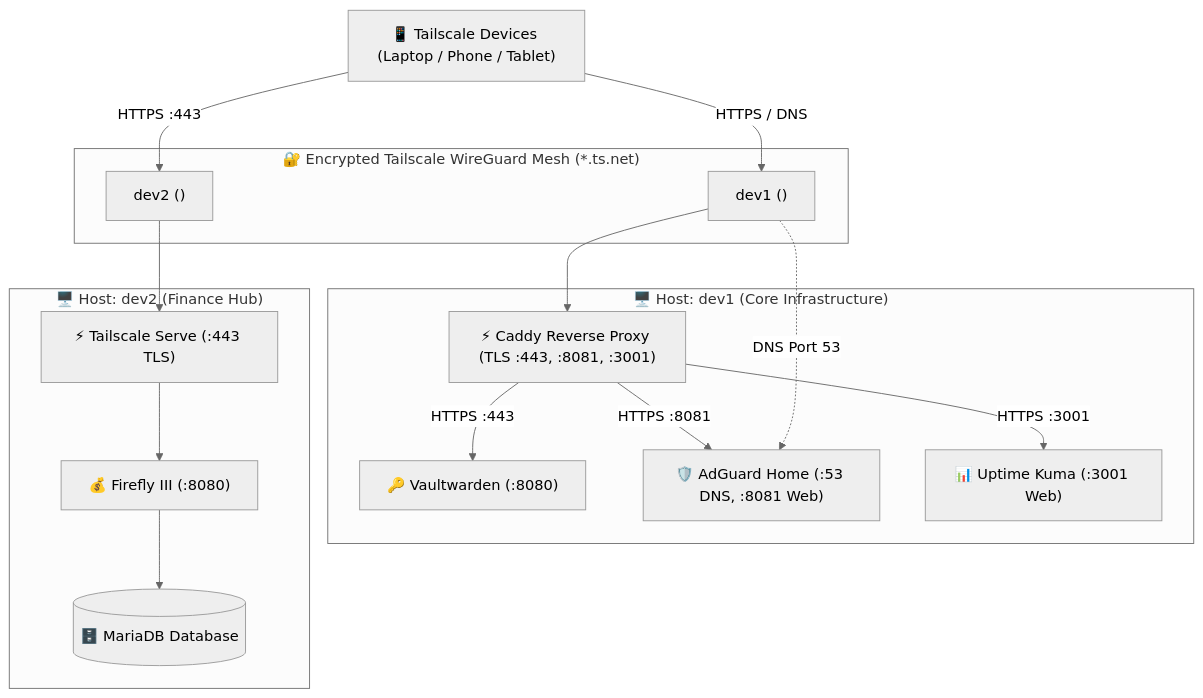
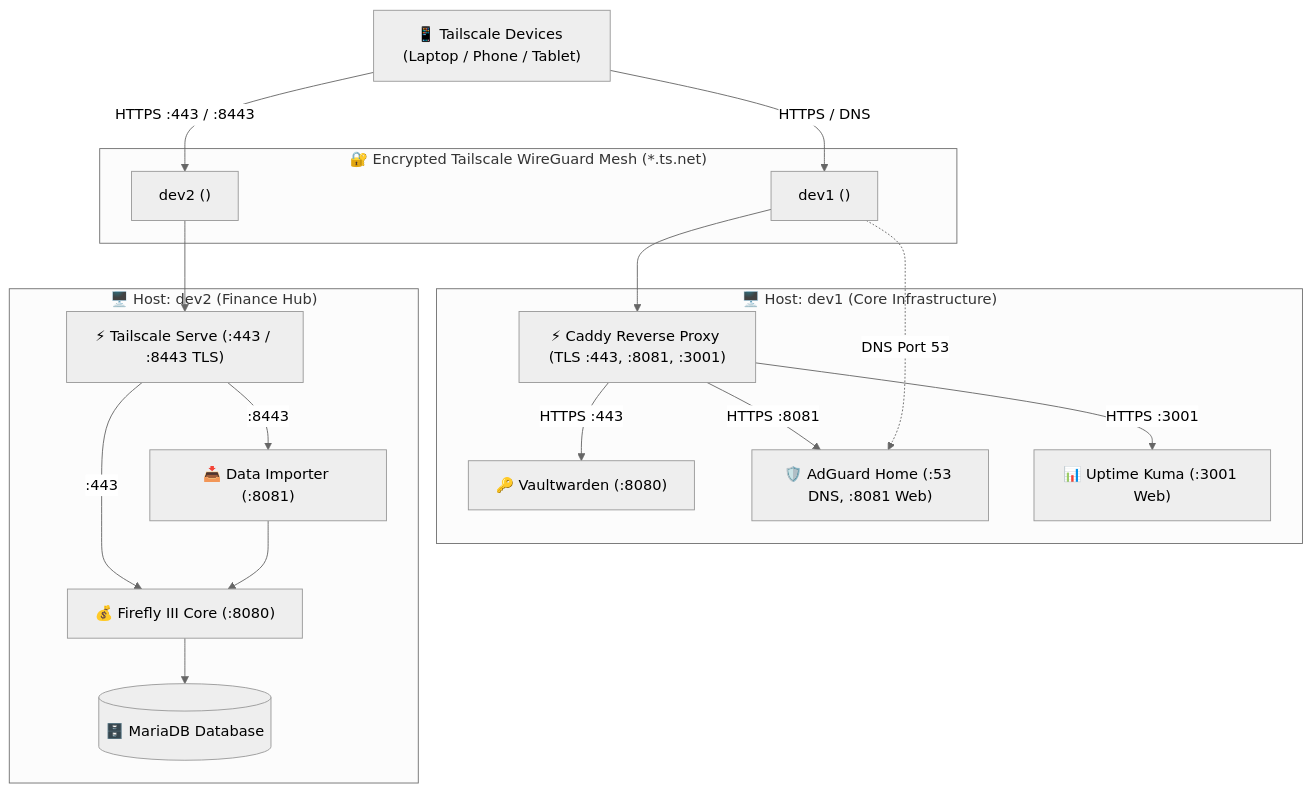
The diagram in README.md (sanjay-namdeo/homelab), drawn with Mermaid (neutral theme) before and after one commit. The commit also changed other lines of this file and 8 other files, not shown here.

Commit message:
feat(dev2): add Firefly III Data Importer stack, automation & documentation

````diff
--- a/README.md
+++ b/README.md
@@ -9,34 +9,37 @@
 ```mermaid
 graph TD
     Client["📱 Tailscale Devices (Laptop / Phone / Tablet)"]
 
     subgraph TailscaleMesh ["🔐 Encrypted Tailscale WireGuard Mesh (*.ts.net)"]
         TS1["dev1 (<dev1-tailscale-ip>)"]
         TS2["dev2 (<dev2-tailscale-ip>)"]
     end
 
     subgraph HostDev1 ["🖥️ Host: dev1 (Core Infrastructure)"]
         Caddy["⚡ Caddy Reverse Proxy (TLS :443, :8081, :3001)"]
         VW["🔑 Vaultwarden (:8080)"]
         AG["🛡️ AdGuard Home (:53 DNS, :8081 Web)"]
         UK["📊 Uptime Kuma (:3001 Web)"]
     end
 
     subgraph HostDev2 ["🖥️ Host: dev2 (Finance Hub)"]
-        TS_Serve["⚡ Tailscale Serve (:443 TLS)"]
-        FF["💰 Firefly III (:8080)"]
+        TS_Serve["⚡ Tailscale Serve (:443 / :8443 TLS)"]
+        FF["💰 Firefly III Core (:8080)"]
+        FDI["📥 Data Importer (:8081)"]
         DB[("🗄️ MariaDB Database")]
     end
 
     Client -->|HTTPS / DNS| TS1
     TS1 --> Caddy
     Caddy -->|HTTPS :443| VW
     Caddy -->|HTTPS :8081| AG
     Caddy -->|HTTPS :3001| UK
     TS1 -.->|DNS Port 53| AG
 
-    Client -->|HTTPS :443| TS2
+    Client -->|HTTPS :443 / :8443| TS2
     TS2 --> TS_Serve
-    TS_Serve --> FF
+    TS_Serve -->|:443| FF
+    TS_Serve -->|:8443| FDI
     FF --> DB
+    FDI --> FF
 ```
````
